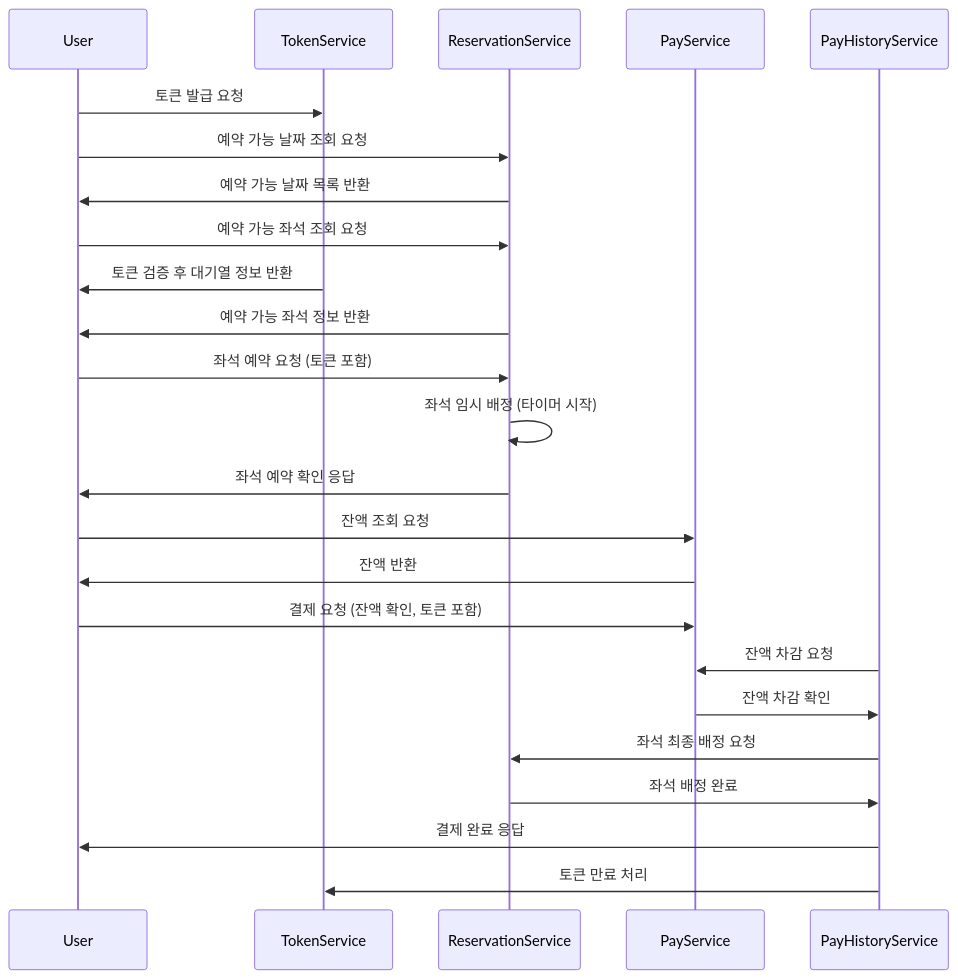
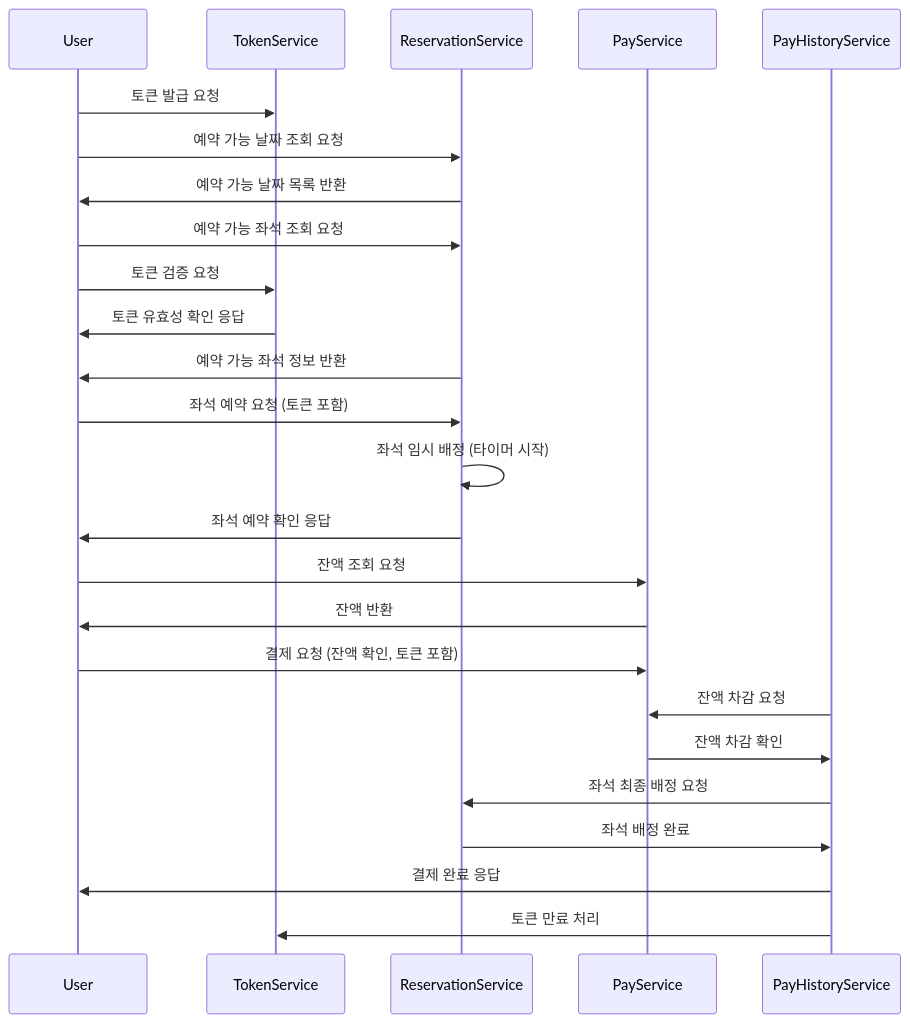
One commit to fatallinverno/hhplus-concert-reservation changed the first of 10 diagrams in README.md. Above: the diagram before and after it, drawn with Mermaid. The commit also changed other lines of this file, not shown here.

Commit message:
시퀀스 다이어그램 업데이트

````diff
--- a/README.md
+++ b/README.md
@@ -5,32 +5,33 @@
 ```mermaid
 sequenceDiagram
     participant User
     participant TokenService
     participant ReservationService
     participant PayService
     participant PayHistoryService
 
     User ->> TokenService: 토큰 발급 요청
     User ->> ReservationService: 예약 가능 날짜 조회 요청
     ReservationService ->> User: 예약 가능 날짜 목록 반환
     
     User ->> ReservationService: 예약 가능 좌석 조회 요청
-    TokenService ->> User: 토큰 검증 후 대기열 정보 반환
+    User ->> TokenService: 토큰 검증 요청
+    TokenService ->> User: 토큰 유효성 확인 응답
     ReservationService ->> User: 예약 가능 좌석 정보 반환
 
     User ->> ReservationService: 좌석 예약 요청 (토큰 포함)
     
     ReservationService ->> ReservationService: 좌석 임시 배정 (타이머 시작)
     ReservationService ->> User: 좌석 예약 확인 응답
 
     User ->> PayService: 잔액 조회 요청
     PayService ->> User: 잔액 반환
 
     User ->> PayService: 결제 요청 (잔액 확인, 토큰 포함)
     PayHistoryService ->> PayService: 잔액 차감 요청
     PayService ->> PayHistoryService: 잔액 차감 확인
     PayHistoryService ->> ReservationService: 좌석 최종 배정 요청
     ReservationService ->> PayHistoryService: 좌석 배정 완료
     PayHistoryService ->> User: 결제 완료 응답
     PayHistoryService ->> TokenService: 토큰 만료 처리
 ```
````
